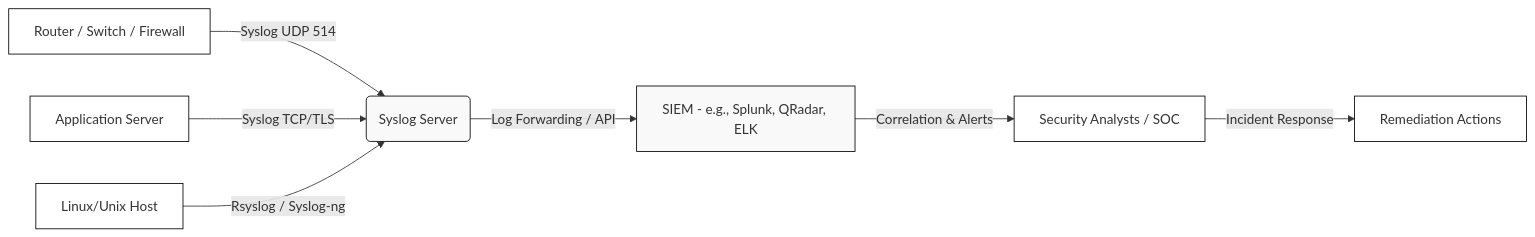
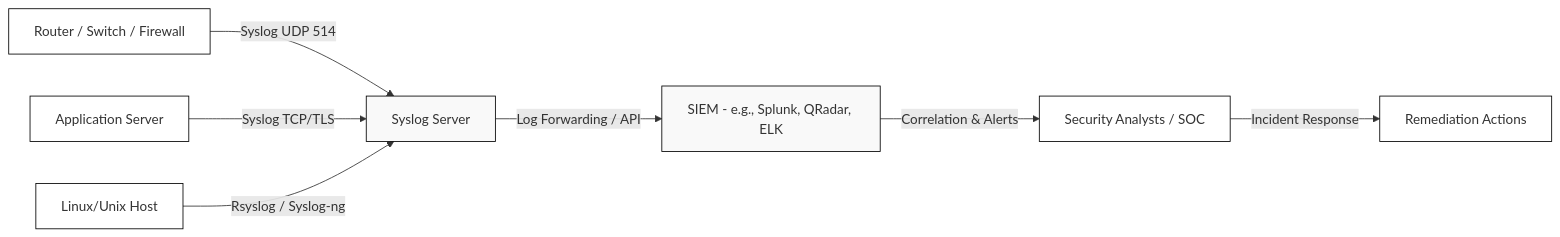
Before and after one commit to lorenzoleonelli/CISSP-Zero-to-Hero: the first of 3 diagrams in DOMAIN7: Security Operations/7.02 Conduct logging and monitoring activities.md, drawn with Mermaid. The commit also changed other lines of this file, not shown here.

````diff
--- a/DOMAIN7: Security Operations/7.02 Conduct logging and monitoring activities.md
+++ b/DOMAIN7: Security Operations/7.02 Conduct logging and monitoring activities.md
@@ -261,18 +261,19 @@
 ```mermaid
 
 flowchart LR
-    A[Router / Switch / Firewall] -->|Syslog UDP 514| B(Syslog Server)
-    C[Application Server] -->|Syslog TCP/TLS| B
-    D[Linux/Unix Host] -->|Rsyslog / Syslog-ng| B
-    B -->|Log Forwarding / API| E[SIEM - e.g., Splunk, QRadar, ELK]
-    E -->|Correlation & Alerts| F[Security Analysts / SOC]
-    F -->|Incident Response| G[Remediation Actions]
+    A["Router / Switch / Firewall"] -->|"Syslog UDP 514"| B["Syslog Server"]
+    C["Application Server"] -->|"Syslog TCP/TLS"| B
+    D["Linux/Unix Host"] -->|"Rsyslog / Syslog-ng"| B
+    B -->|"Log Forwarding / API"| E["SIEM - e.g., Splunk, QRadar, ELK"]
+    E -->|"Correlation & Alerts"| F["Security Analysts / SOC"]
+    F -->|"Incident Response"| G["Remediation Actions"]
 
     style A fill:#ffffff,stroke:#000,stroke-width:1px
     style C fill:#ffffff,stroke:#000,stroke-width:1px
     style D fill:#ffffff,stroke:#000,stroke-width:1px
     style B fill:#f9f9f9,stroke:#000,stroke-width:1px
     style E fill:#f9f9f9,stroke:#000,stroke-width:1px
     style F fill:#ffffff,stroke:#000,stroke-width:1px
     style G fill:#ffffff,stroke:#000,stroke-width:1px
+
 ```
````
